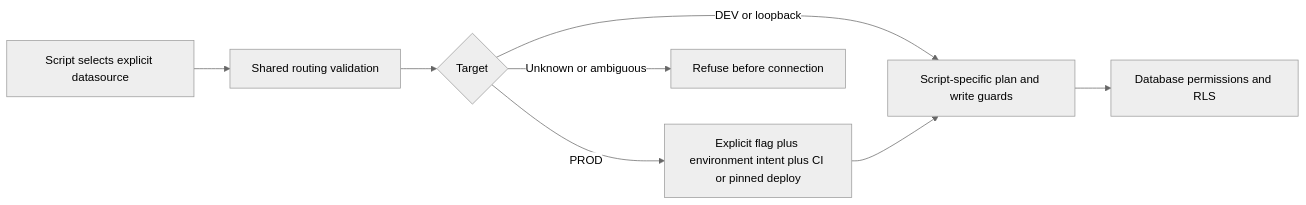
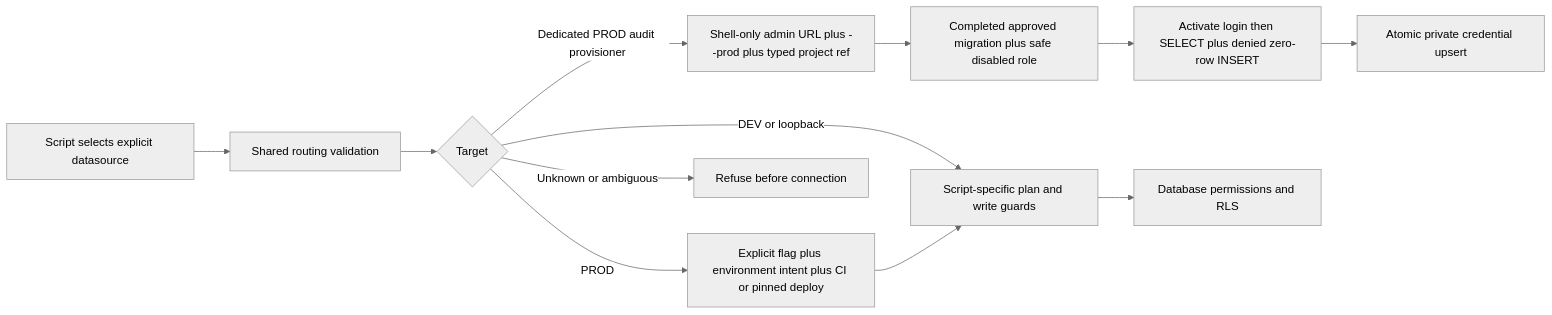
Before and after one commit to dgmolla/fitsy: the diagram in docs/engineering/devops/db-guardrails.md, drawn with Mermaid (neutral theme). The commit also changed other lines of this file and 14 other files, not shown here.

First line of the commit message:
Add guarded PROD read-only audit-role provisioning (#607)

````diff
--- a/docs/engineering/devops/db-guardrails.md
+++ b/docs/engineering/devops/db-guardrails.md
@@ -11,10 +11,14 @@
 ```mermaid
 flowchart LR
     A[Script selects explicit datasource] --> B[Shared routing validation]
     B --> C{Target}
     C -->|DEV or loopback| D[Script-specific plan and write guards]
     C -->|PROD| E[Explicit flag plus environment intent plus CI or pinned deploy]
+    C -->|Dedicated PROD audit provisioner| H[Shell-only admin URL plus --prod plus typed project ref]
     C -->|Unknown or ambiguous| F[Refuse before connection]
     E --> D
+    H --> I[Completed approved migration plus safe disabled role]
+    I --> J[Activate login then SELECT plus denied zero-row INSERT]
+    J --> K[Atomic private credential upsert]
     D --> G[Database permissions and RLS]
 ```
````
